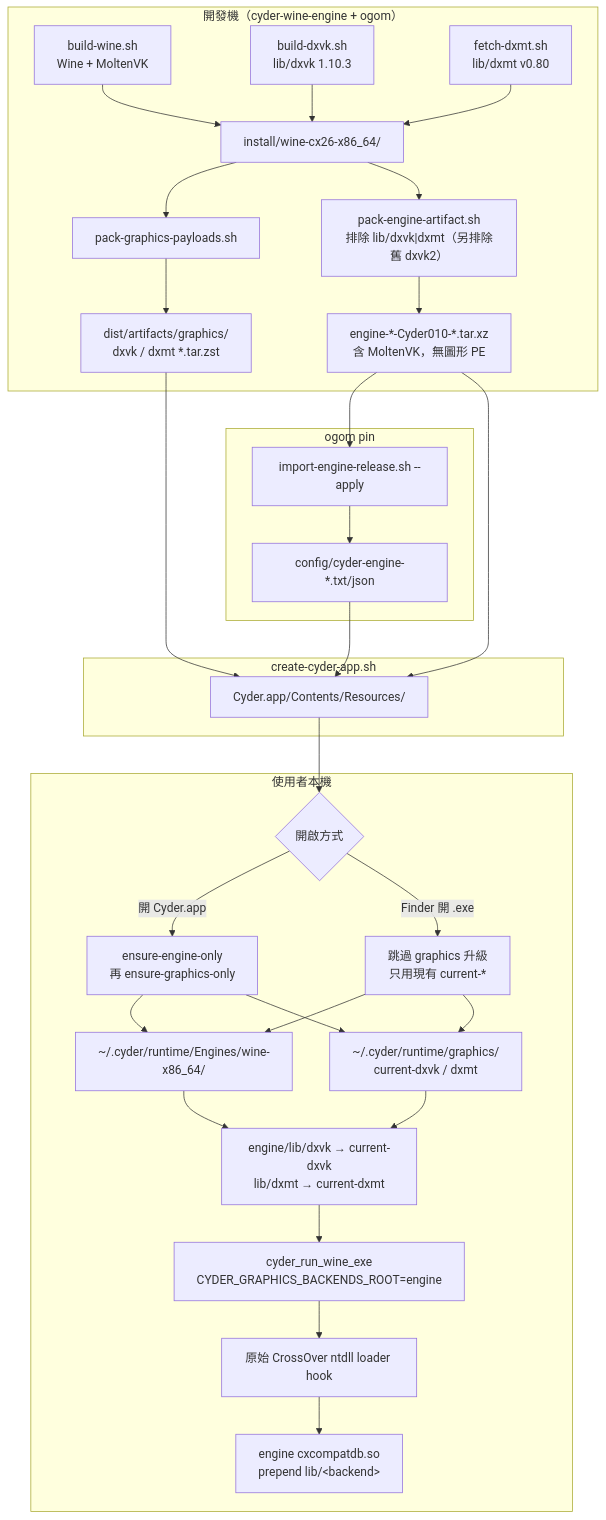
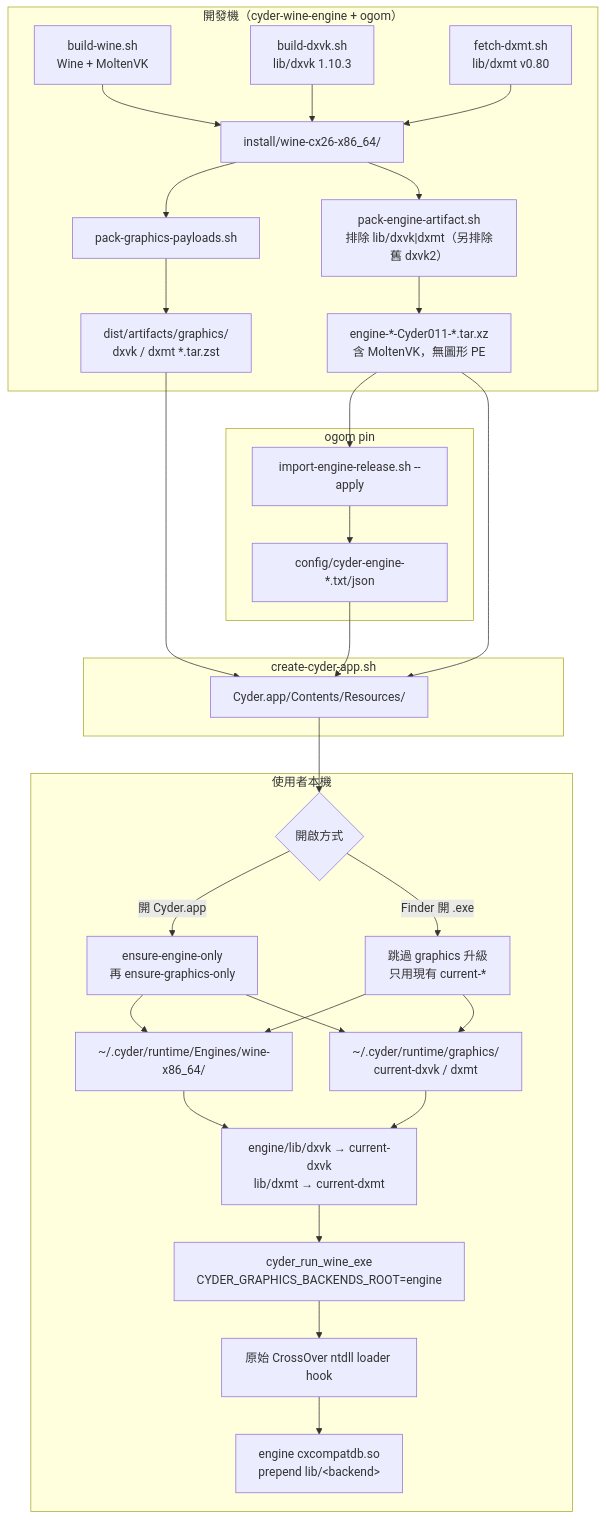
Before and after one commit to dspp779/CyderBits: the first of 5 diagrams in docs/cyder-graphics-runtime-pipeline.zh-TW.md, drawn with Mermaid. The commit also changed other lines of this file and 26 other files, not shown here.

````diff
--- a/docs/cyder-graphics-runtime-pipeline.zh-TW.md
+++ b/docs/cyder-graphics-runtime-pipeline.zh-TW.md
@@ -23,42 +23,42 @@
 ```mermaid
 flowchart TB
   subgraph build["開發機（cyder-wine-engine + ogom）"]
     WINE["build-wine.sh<br/>Wine + MoltenVK"]
     DX1["build-dxvk.sh<br/>lib/dxvk 1.10.3"]
     DXMT["fetch-dxmt.sh<br/>lib/dxmt v0.80"]
     WINE --> INSTALL["install/wine-cx26-x86_64/"]
     DX1 --> INSTALL
     DXMT --> INSTALL
     INSTALL --> PACKG["pack-graphics-payloads.sh"]
     PACKG --> GART["dist/artifacts/graphics/<br/>dxvk / dxmt *.tar.zst"]
     INSTALL --> PACKE["pack-engine-artifact.sh<br/>排除 lib/dxvk|dxmt（另排除舊 dxvk2）"]
-    PACKE --> EART["engine-*-Cyder010-*.tar.xz<br/>含 MoltenVK，無圖形 PE"]
+    PACKE --> EART["engine-*-Cyder011-*.tar.xz<br/>含 MoltenVK，無圖形 PE"]
   end
 
   subgraph pin["ogom pin"]
     IMP["import-engine-release.sh --apply"]
     EART --> IMP
     IMP --> CFG["config/cyder-engine-*.txt/json"]
   end
 
   subgraph app["create-cyder-app.sh"]
     CFG --> BUNDLE["Cyder.app/Contents/Resources/"]
     GART --> BUNDLE
     EART --> BUNDLE
   end
 
   subgraph user["使用者本機"]
     BUNDLE --> OPEN{"開啟方式"}
     OPEN -->|"開 Cyder.app"| ENS["ensure-engine-only<br/>再 ensure-graphics-only"]
     OPEN -->|"Finder 開 .exe"| SKIP["跳過 graphics 升級<br/>只用現有 current-*"]
     ENS --> ENG["~/.cyder/runtime/Engines/wine-x86_64/"]
     ENS --> GFX["~/.cyder/runtime/graphics/<br/>current-dxvk / dxmt"]
     SKIP --> ENG
     SKIP --> GFX
     ENG --> LINK["engine/lib/dxvk → current-dxvk<br/>lib/dxmt → current-dxmt"]
     GFX --> LINK
     LINK --> LAUNCH["cyder_run_wine_exe<br/>CYDER_GRAPHICS_BACKENDS_ROOT=engine"]
     LAUNCH --> HOOK["原始 CrossOver ntdll loader hook"]
     HOOK --> CDB["engine cxcompatdb.so<br/>prepend lib/&lt;backend&gt;"]
   end
 ```
````
